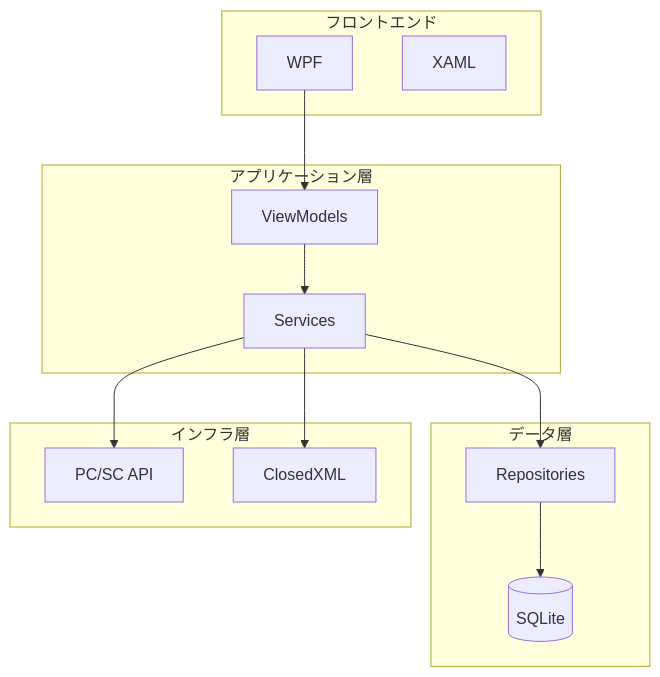
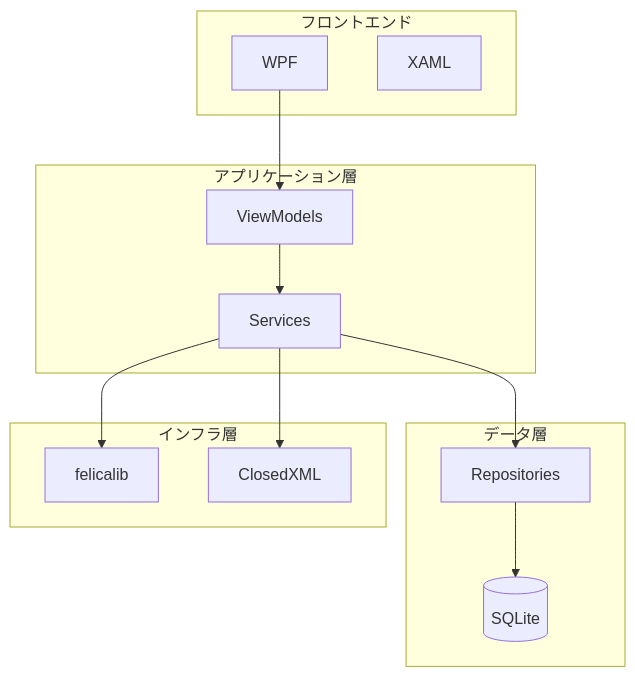
The first of 3 diagrams in ICCardManager/docs/design/01_システム概要設計書.md (kuwayamamasayuki/ICCardManager), drawn with Mermaid before and after one commit. The commit also changed other lines of this file and 21 other files, not shown here.

````diff
--- a/ICCardManager/docs/design/01_システム概要設計書.md
+++ b/ICCardManager/docs/design/01_システム概要設計書.md
@@ -43,29 +43,29 @@
 ```mermaid
 graph TB
     subgraph "フロントエンド"
         WPF[WPF]
         XAML[XAML]
     end
 
     subgraph "アプリケーション層"
         VM[ViewModels]
         SVC[Services]
     end
 
     subgraph "データ層"
         REPO[Repositories]
         DB[(SQLite)]
     end
 
     subgraph "インフラ層"
-        PCSC[PC/SC API]
+        FELICA[felicalib]
         EXCEL[ClosedXML]
     end
 
     WPF --> VM
     VM --> SVC
     SVC --> REPO
     REPO --> DB
-    SVC --> PCSC
+    SVC --> FELICA
     SVC --> EXCEL
 ```
````
